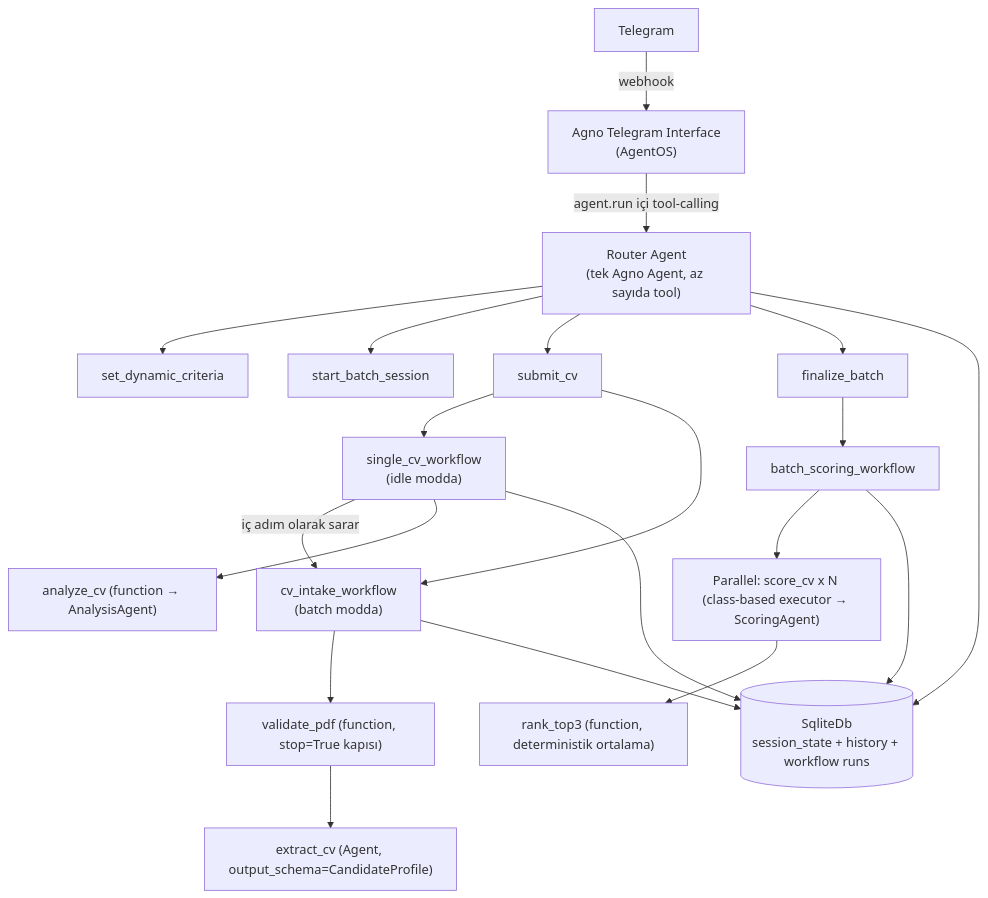
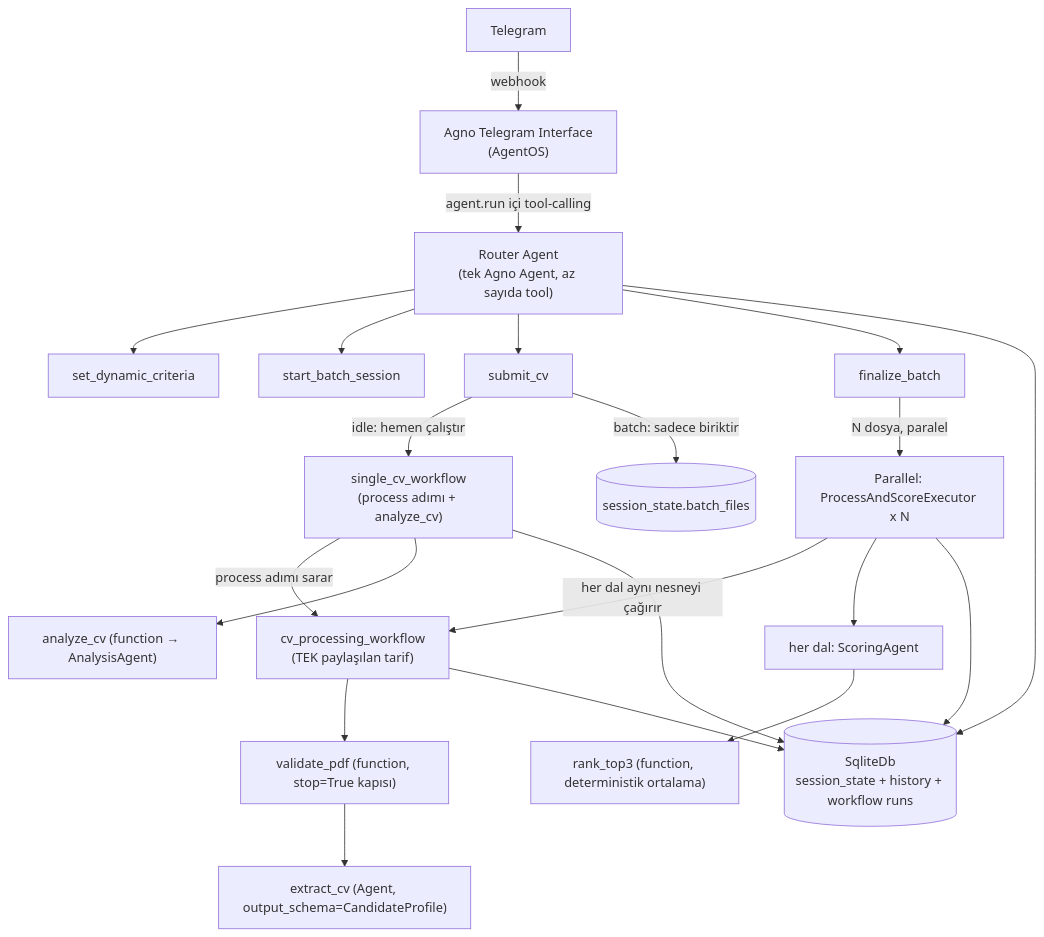
Before and after one commit to Wijt/hr-ai-agent-telegram: the first of 3 diagrams in ARCHITECTURE.md, drawn with Mermaid. The commit also changed other lines of this file and 1 other file, not shown here.

Commit message:
docs: unify single/batch CV flow around one shared cv_processing_workflow, add KISS working principles and staged rollout plan

````diff
--- a/ARCHITECTURE.md
+++ b/ARCHITECTURE.md
@@ -32,19 +36,20 @@
 ```mermaid
 flowchart TB
     TG[Telegram] -->|webhook| IF["Agno Telegram Interface<br/>(AgentOS)"]
     IF -->|agent.run içi tool-calling| A["Router Agent<br/>(tek Agno Agent, az sayıda tool)"]
     A --> T1[set_dynamic_criteria]
     A --> T2[start_batch_session]
     A --> T3[submit_cv]
     A --> T4[finalize_batch]
-    T3 --> W1["single_cv_workflow<br/>(idle modda)"]
-    T3 --> W2["cv_intake_workflow<br/>(batch modda)"]
-    T4 --> W3["batch_scoring_workflow"]
-    W1 -->|iç adım olarak sarar| W2
-    W2 --> S1["validate_pdf (function, stop=True kapısı)"]
+    T3 -->|idle: hemen çalıştır| SW["single_cv_workflow<br/>(process adımı + analyze_cv)"]
+    T3 -->|batch: sadece biriktir| BUF[("session_state.batch_files")]
+    T4 -->|N dosya, paralel| PAR["Parallel: ProcessAndScoreExecutor x N"]
+    SW -->|process adımı sarar| CPW["cv_processing_workflow<br/>(TEK paylaşılan tarif)"]
+    PAR -->|her dal aynı nesneyi çağırır| CPW
+    CPW --> S1["validate_pdf (function, stop=True kapısı)"]
     S1 --> S2["extract_cv (Agent, output_schema=CandidateProfile)"]
-    W1 --> S3["analyze_cv (function → AnalysisAgent)"]
-    W3 --> S4["Parallel: score_cv x N (class-based executor → ScoringAgent)"]
+    SW --> S3["analyze_cv (function → AnalysisAgent)"]
+    PAR --> S4["her dal: ScoringAgent"]
     S4 --> S5["rank_top3 (function, deterministik ortalama)"]
-    A & W1 & W2 & W3 --> DB[(SqliteDb<br/>session_state + history + workflow runs)]
+    A & SW & CPW & PAR --> DB[(SqliteDb<br/>session_state + history + workflow runs)]
 ```
````
